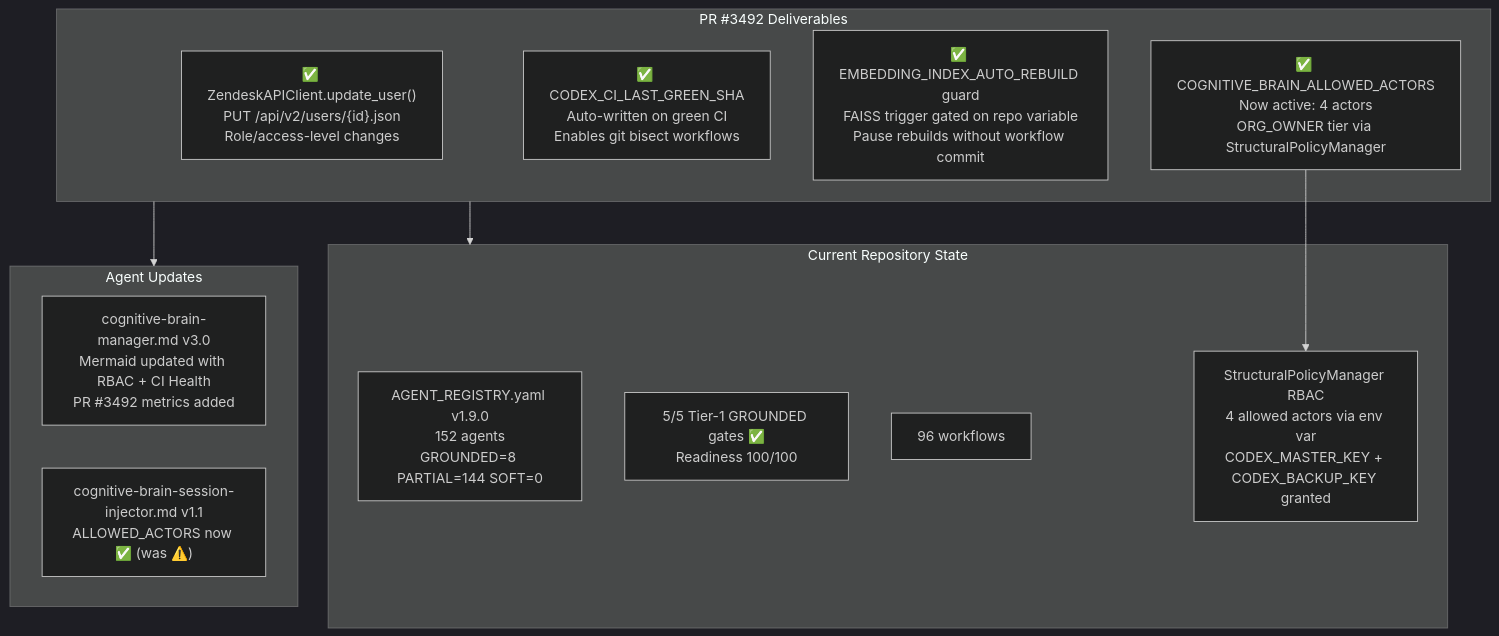
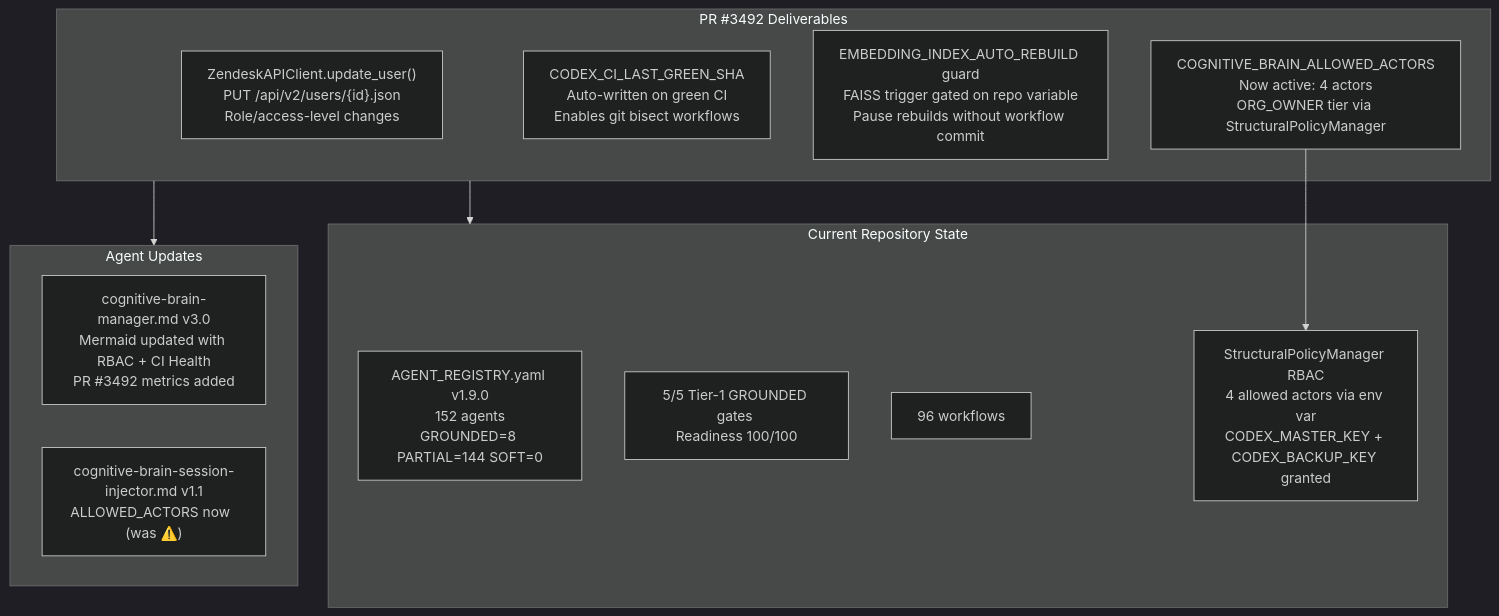
Before and after one commit to Aries-Serpent/_codex_: the first of 2 diagrams in docs/cognitive_brain/status/COGNITIVE_BRAIN_STATUS_PR3492.md, drawn with Mermaid (dark theme). The commit also changed other lines of this file and 2029 other files, not shown here.

First line of the commit message:
Publish DEPLOYMENT_GUIDE on site and remove GitHub repo links from deployed docs (#5297)

````diff
--- a/docs/cognitive_brain/status/COGNITIVE_BRAIN_STATUS_PR3492.md
+++ b/docs/cognitive_brain/status/COGNITIVE_BRAIN_STATUS_PR3492.md
@@ -32,26 +35,26 @@
 ```mermaid
-%%{init: {'accessibility': {'title': 'Diagram showing "PR #3492 Deliverables", "✅ ZendeskAPIClient.update_user()\nPUT /api/v2/users/{id}.json\nRole/access-level changes"'}}%%
+%%{init: {'accessibility': {'title': 'Diagram showing "PR #3492 Deliverables", " ZendeskAPIClient.update_user()\nPUT /api/v2/users/{id}.json\nRole/access-level changes"'}}%%
 graph TB
     subgraph PR3492["PR #3492 Deliverables"]
-        API["✅ ZendeskAPIClient.update_user()\nPUT /api/v2/users/{id}.json\nRole/access-level changes"]
-        P26["✅ CODEX_CI_LAST_GREEN_SHA\nAuto-written on green CI\nEnables git bisect workflows"]
-        EMBED_GUARD["✅ EMBEDDING_INDEX_AUTO_REBUILD guard\nFAISS trigger gated on repo variable\nPause rebuilds without workflow commit"]
-        RBAC_ACTIVE["✅ COGNITIVE_BRAIN_ALLOWED_ACTORS\nNow active: 4 actors\nORG_OWNER tier via StructuralPolicyManager"]
+        API[" ZendeskAPIClient.update_user()\nPUT /api/v2/users/{id}.json\nRole/access-level changes"]
+        P26[" CODEX_CI_LAST_GREEN_SHA\nAuto-written on green CI\nEnables git bisect workflows"]
+        EMBED_GUARD[" EMBEDDING_INDEX_AUTO_REBUILD guard\nFAISS trigger gated on repo variable\nPause rebuilds without workflow commit"]
+        RBAC_ACTIVE[" COGNITIVE_BRAIN_ALLOWED_ACTORS\nNow active: 4 actors\nORG_OWNER tier via StructuralPolicyManager"]
     end
 
     subgraph AGENTS["Agent Updates"]
         CBM["cognitive-brain-manager.md v3.0\nMermaid updated with RBAC + CI Health\nPR #3492 metrics added"]
-        CBSI["cognitive-brain-session-injector.md v1.1\nALLOWED_ACTORS now ✅ (was ⚠️)"]
+        CBSI["cognitive-brain-session-injector.md v1.1\nALLOWED_ACTORS now  (was ⚠️)"]
     end
 
     subgraph STATE["Current Repository State"]
         REG["AGENT_REGISTRY.yaml v1.9.0\n152 agents\nGROUNDED=8 PARTIAL=144 SOFT=0"]
-        GATES["5/5 Tier-1 GROUNDED gates ✅\nReadiness 100/100"]
+        GATES["5/5 Tier-1 GROUNDED gates \nReadiness 100/100"]
         WF["96 workflows"]
         RBAC["StructuralPolicyManager RBAC\n4 allowed actors via env var\nCODEX_MASTER_KEY + CODEX_BACKUP_KEY granted"]
     end
 
     PR3492 --> AGENTS
     PR3492 --> STATE
     RBAC_ACTIVE --> RBAC
 ```
````
